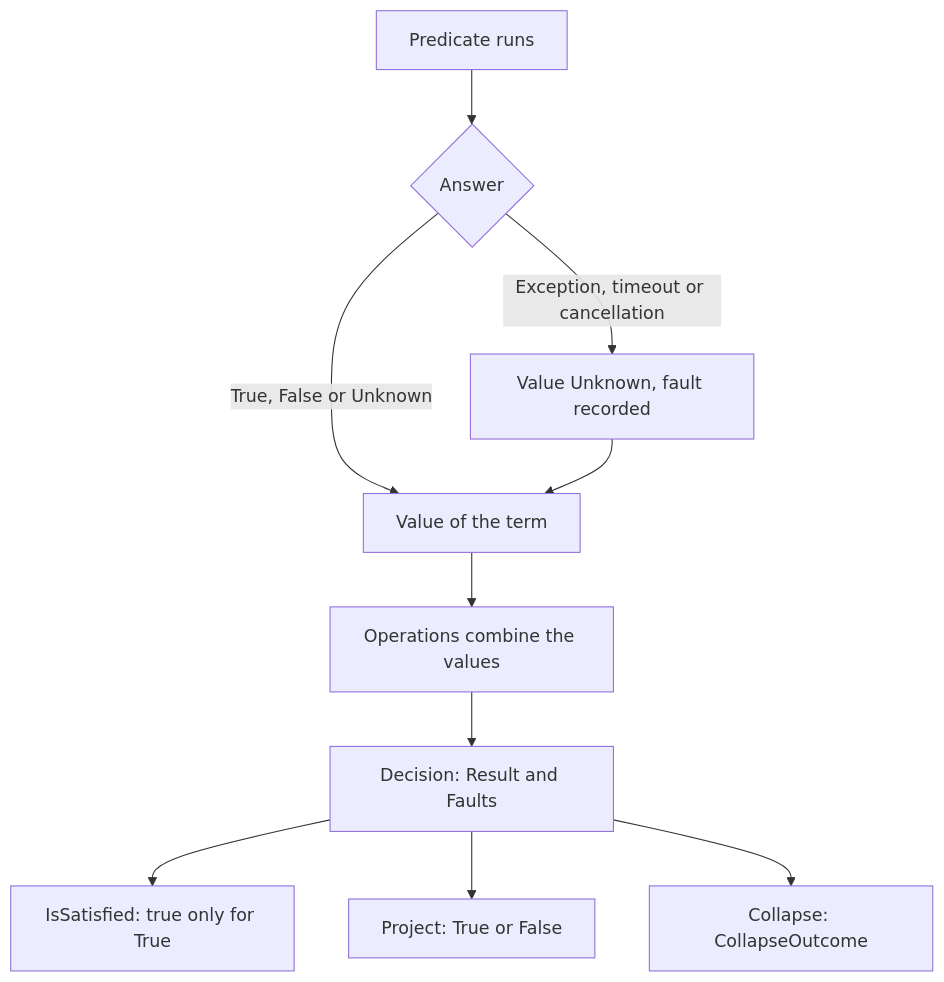
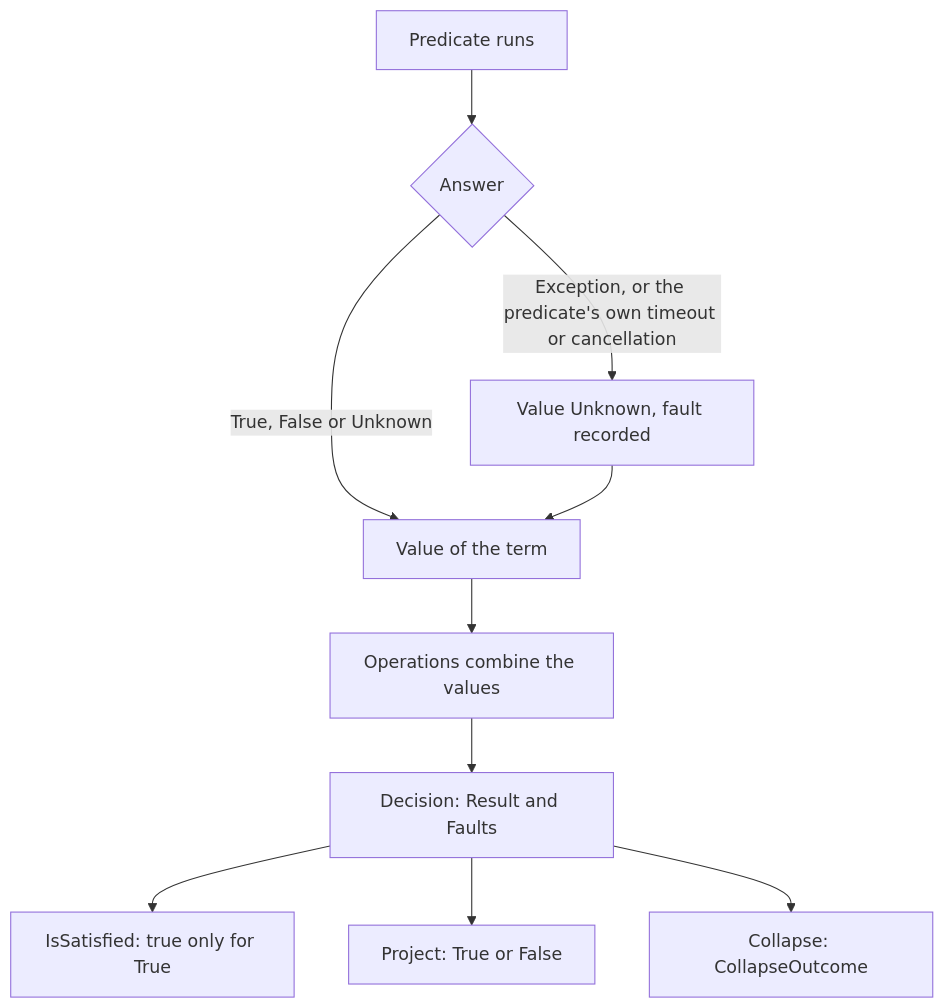
One commit to rheone/TruthWeaver changed the diagram in docs/strong-k3/specification/evaluation.md. Above: the diagram before and after it, drawn with Mermaid. The commit also changed other lines of this file and 527 other files, not shown here.

First line of the commit message:
Settle the library roadmap: specs, tickets, source generator and samples

````diff
--- a/docs/strong-k3/specification/evaluation.md
+++ b/docs/strong-k3/specification/evaluation.md
@@ -66,12 +66,12 @@
 ```mermaid
 flowchart TD
     P["Predicate runs"] --> A{"Answer"}
     A -->|"True, False or Unknown"| T["Value of the term"]
-    A -->|"Exception, timeout or cancellation"| F["Value Unknown, fault recorded"]
+    A -->|"Exception, or the predicate's own timeout or cancellation"| F["Value Unknown, fault recorded"]
     F --> T
     T --> O["Operations combine the values"]
     O --> D["Decision: Result and Faults"]
     D --> S["IsSatisfied: true only for True"]
     D --> PR["Project: True or False"]
     D --> C["Collapse: CollapseOutcome"]
 ```
````
